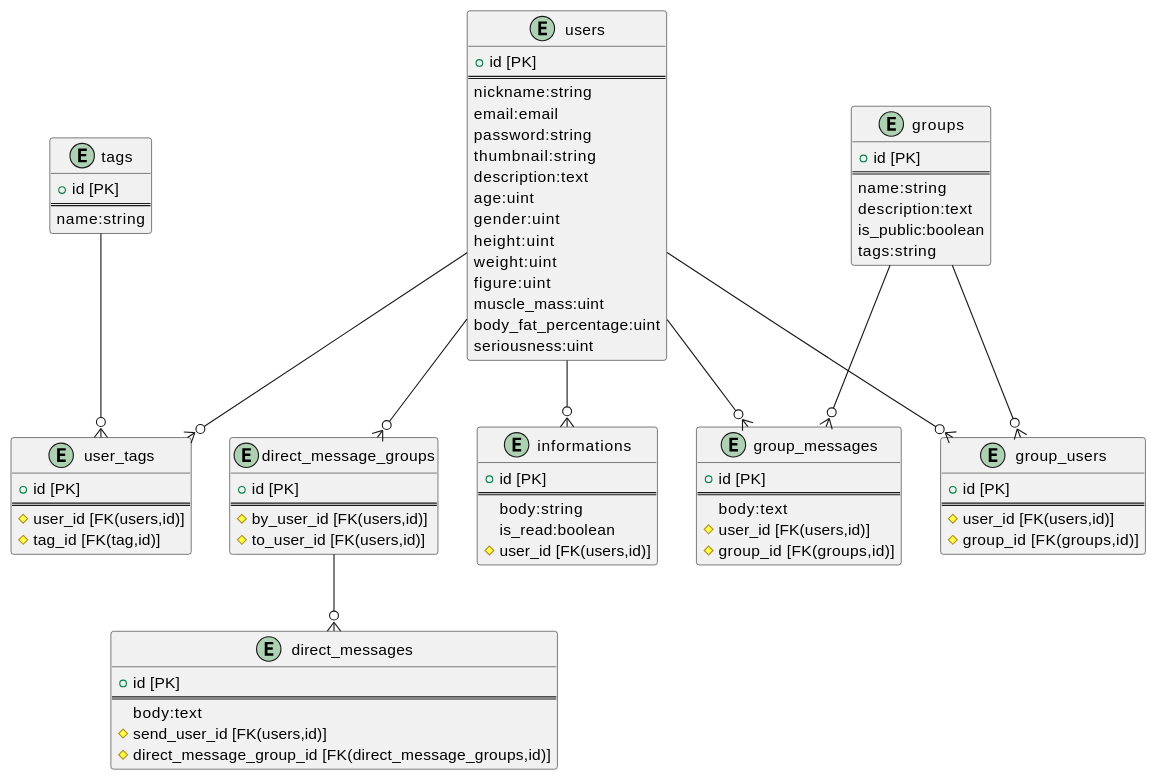
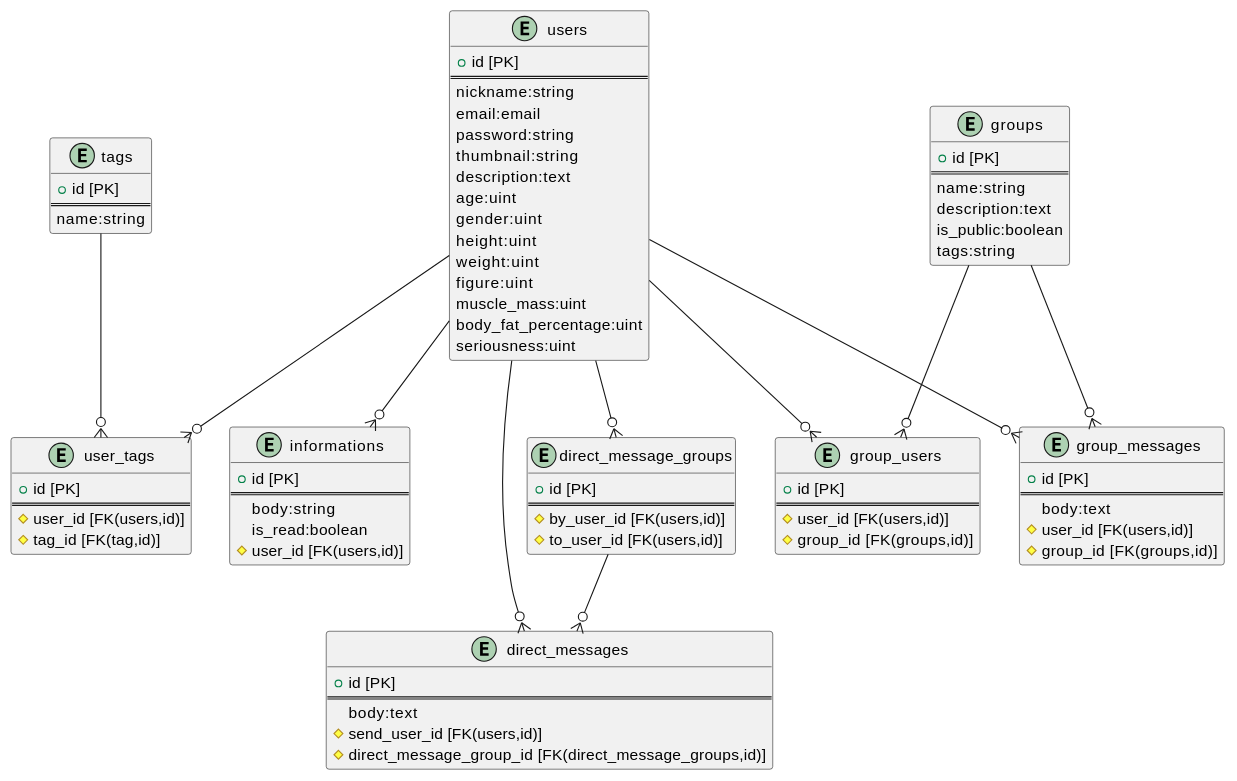
Before and after one commit to NAKKA-K/musclers: the diagram in docs/ER.md, drawn with PlantUML.

```diff
--- a/docs/ER.md
+++ b/docs/ER.md
@@ -88,6 +88,7 @@
     # direct_message_group_id [FK(direct_message_groups,id)]
 }
 
+users --o{ direct_messages
 users --o{ direct_message_groups
 direct_message_groups --o{ direct_messages
 
```
